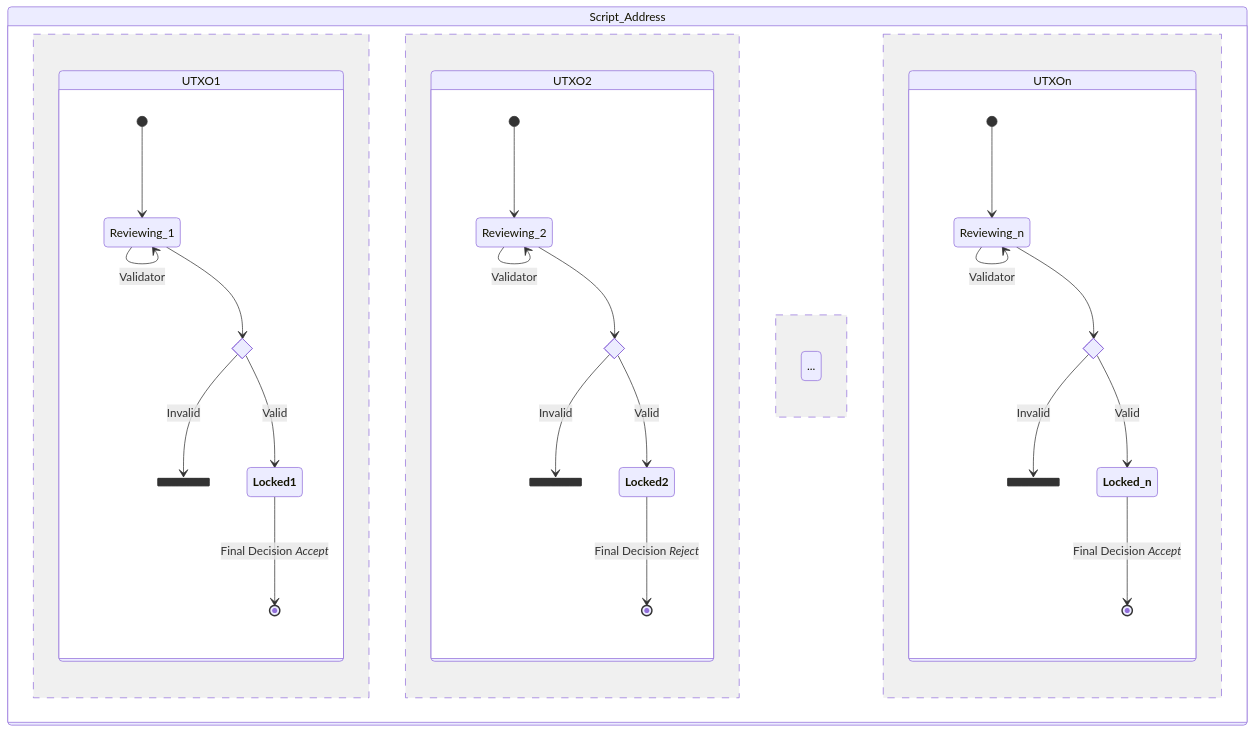
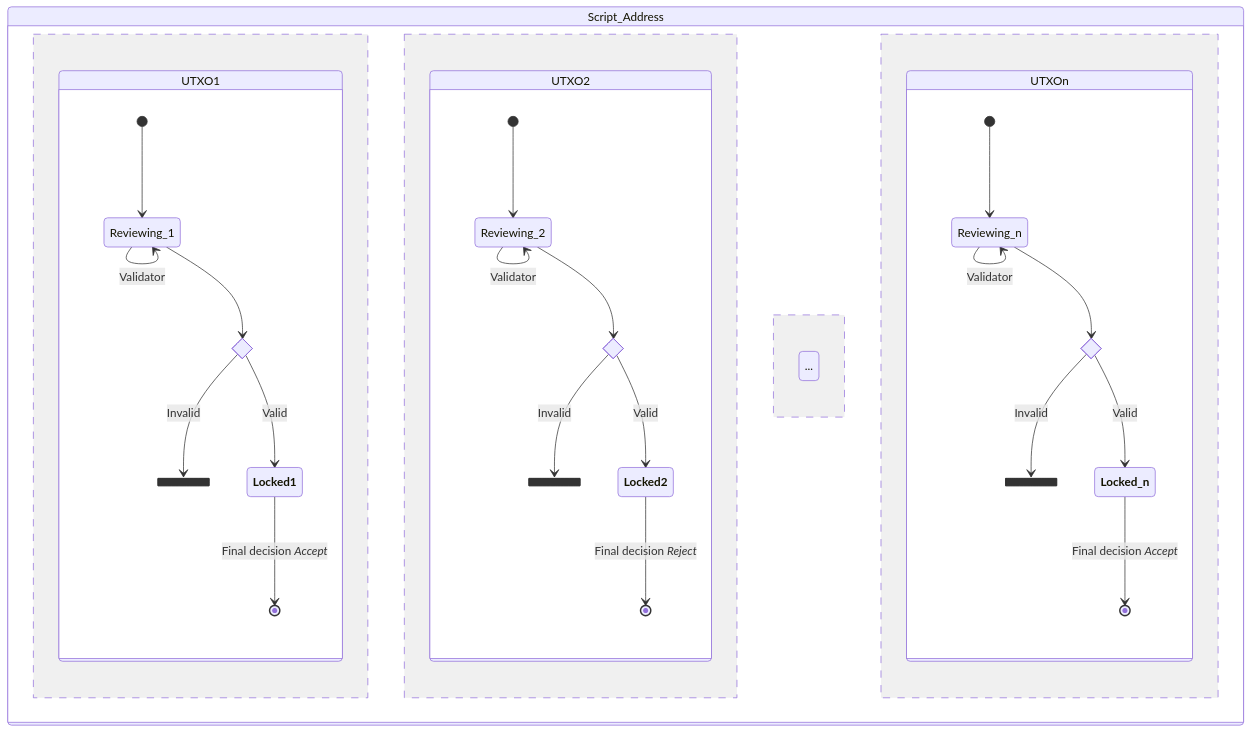
One commit to gufett0/p2p-review-protocol changed the second of 2 diagrams in README.md. Above: the diagram before and after it, drawn with Mermaid.

````diff
--- a/README.md
+++ b/README.md
@@ -60,39 +60,39 @@
 ```mermaid
 stateDiagram-v2
     state Script_Address {
         state Final <<choice>>
         state Final2 <<choice>>
         state Final3 <<choice>>
         state Empty <<fork>>
         state Empty2 <<fork>>
         state Empty3 <<fork>>
         state UTXO1 {
         [*] --> Reviewing_1
         Reviewing_1 --> Reviewing_1: Validator
         Reviewing_1 --> Final
         Final --> Empty : Invalid
         Final --> <b>Locked1</b> : Valid
-        <b>Locked1</b> --> [*] : Final Decision  <i>Accept</i> 
+        <b>Locked1</b> --> [*] : Final decision  <i>Accept</i> 
         }
         --
         state UTXO2 {
         [*] --> Reviewing_2
         Reviewing_2 --> Reviewing_2: Validator
         Reviewing_2 --> Final2
         Final2 --> Empty2 : Invalid
         Final2 --> <b>Locked2</b> : Valid
-        <b>Locked2</b> --> [*] : Final Decision  <i>Reject</i> 
+        <b>Locked2</b> --> [*] : Final decision  <i>Reject</i> 
         }
         --
         ...
         --
         state UTXOn {
         [*] --> Reviewing_n
         Reviewing_n --> Reviewing_n: Validator
         Reviewing_n --> Final3
         Final3 --> Empty3 : Invalid
         Final3 --> <b>Locked_n</b> : Valid
-        <b>Locked_n</b> --> [*] : Final Decision <i>Accept</i> 
+        <b>Locked_n</b> --> [*] : Final decision <i>Accept</i> 
         }
     }
 ```
````
